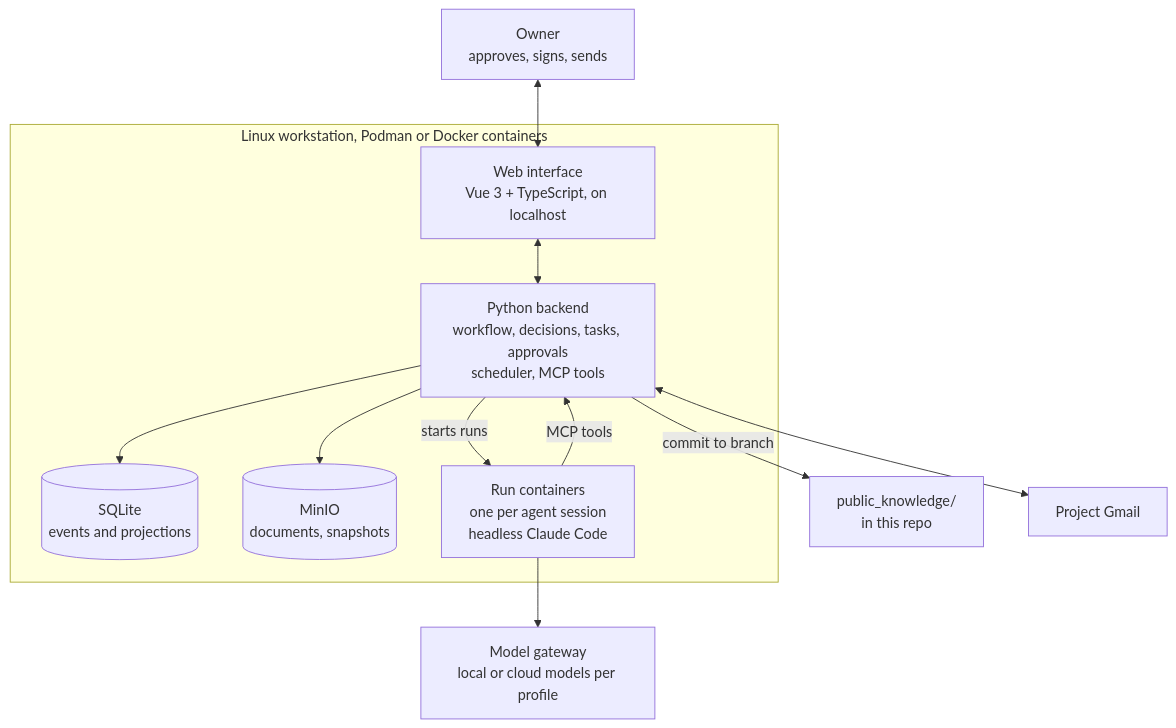
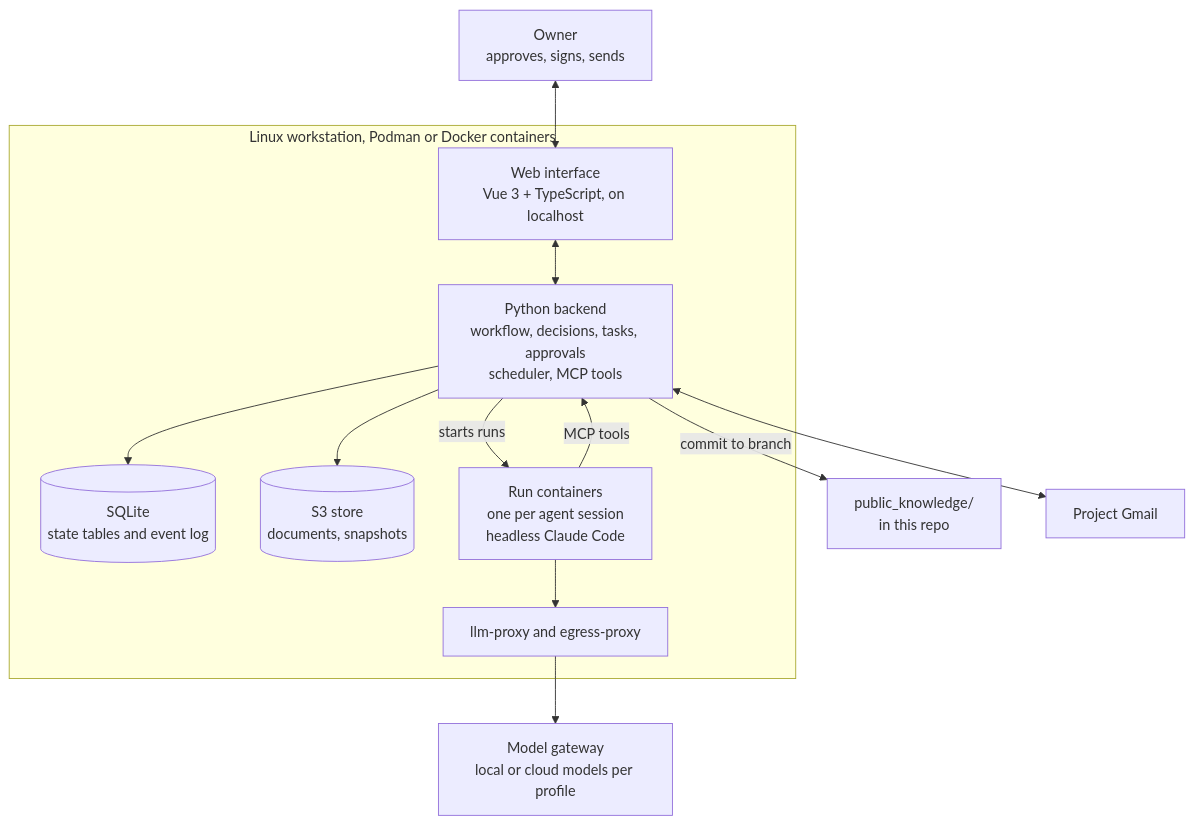
The second of 2 diagrams in docs/rfd-0001.md (forgeit-co/tekton), drawn with Mermaid before and after one commit. The commit also changed other lines of this file and 2 other files, not shown here.

````diff
--- a/docs/rfd-0001.md
+++ b/docs/rfd-0001.md
@@ -108,26 +108,27 @@
 ```mermaid
 flowchart TB
     OWNER["Owner<br/>approves, signs, sends"]
 
     subgraph WS["Linux workstation, Podman or Docker containers"]
         UI["Web interface<br/>Vue 3 + TypeScript, on localhost"]
         BE["Python backend<br/>workflow, decisions, tasks, approvals<br/>scheduler, MCP tools"]
-        DB[("SQLite<br/>events and projections")]
-        S3[("MinIO<br/>documents, snapshots")]
+        DB[("SQLite<br/>state tables and event log")]
+        S3[("S3 store<br/>documents, snapshots")]
+        PX["llm-proxy and egress-proxy"]
         AG["Run containers<br/>one per agent session<br/>headless Claude Code"]
     end
 
     GW["Model gateway<br/>local or cloud models per profile"]
     GIT["public_knowledge/<br/>in this repo"]
     MAIL["Project Gmail"]
 
     OWNER <--> UI
     UI <--> BE
     BE --> DB
     BE --> S3
     BE -->|starts runs| AG
     AG -->|MCP tools| BE
-    AG --> GW
+    AG --> PX --> GW
     BE <--> MAIL
     BE -->|commit to branch| GIT
 ```
````
